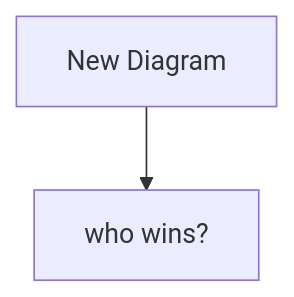
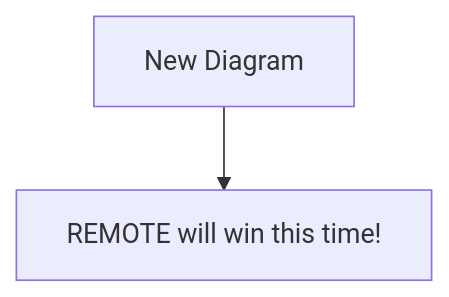
Before and after one commit to Skreen5hot/Ontology-of-Freedom: the diagram in mermaid/This is a test.mmd, drawn with Mermaid.

Commit message:
Update This is a test.mmd

```diff
--- a/mermaid/This is a test.mmd
+++ b/mermaid/This is a test.mmd
@@ -1,2 +1,2 @@
 graph TD
-    A[New Diagram] --> B[who wins?];
+    A[New Diagram] --> B[REMOTE will win this time!];
```
